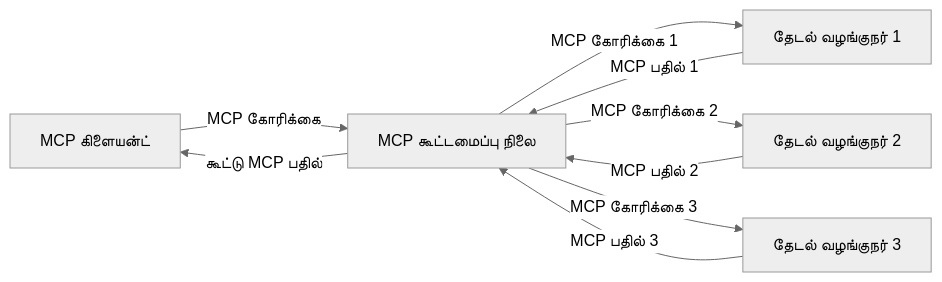
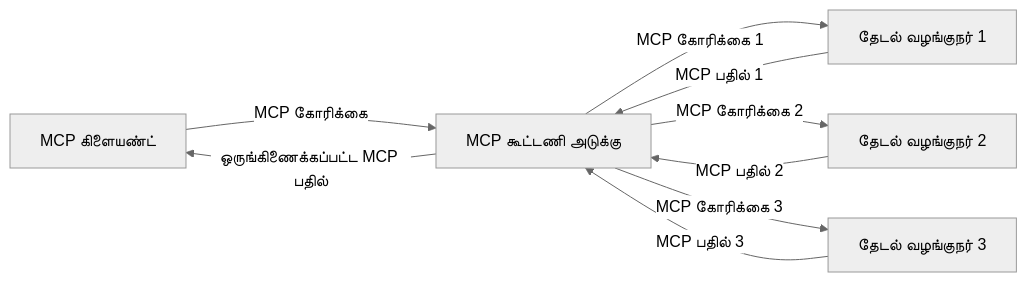
Before and after one commit to microsoft/mcp-for-beginners: the third of 4 diagrams in translations/ta/05-AdvancedTopics/mcp-realtimesearch/README.md, drawn with Mermaid (neutral theme). The commit also changed other lines of this file and 138 other files, not shown here.

````diff
--- a/translations/ta/05-AdvancedTopics/mcp-realtimesearch/README.md
+++ b/translations/ta/05-AdvancedTopics/mcp-realtimesearch/README.md
@@ -610,11 +612,11 @@
 ```mermaid
 graph LR
-    Client[MCP கிளையன்ட்] --> |MCP கோரிக்கை| Federation[MCP கூட்டமைப்பு நிலை]
+    Client[MCP கிளையண்ட்] --> |MCP கோரிக்கை| Federation[MCP கூட்டணி அடுக்கு]
     Federation --> |MCP கோரிக்கை 1| Search1[தேடல் வழங்குநர் 1]
     Federation --> |MCP கோரிக்கை 2| Search2[தேடல் வழங்குநர் 2]
     Federation --> |MCP கோரிக்கை 3| Search3[தேடல் வழங்குநர் 3]
     Search1 --> |MCP பதில் 1| Federation
     Search2 --> |MCP பதில் 2| Federation
     Search3 --> |MCP பதில் 3| Federation
-    Federation --> |கூட்டு MCP பதில்| Client
+    Federation --> |ஒருங்கிணைக்கப்பட்ட MCP பதில்| Client
 ```
````
